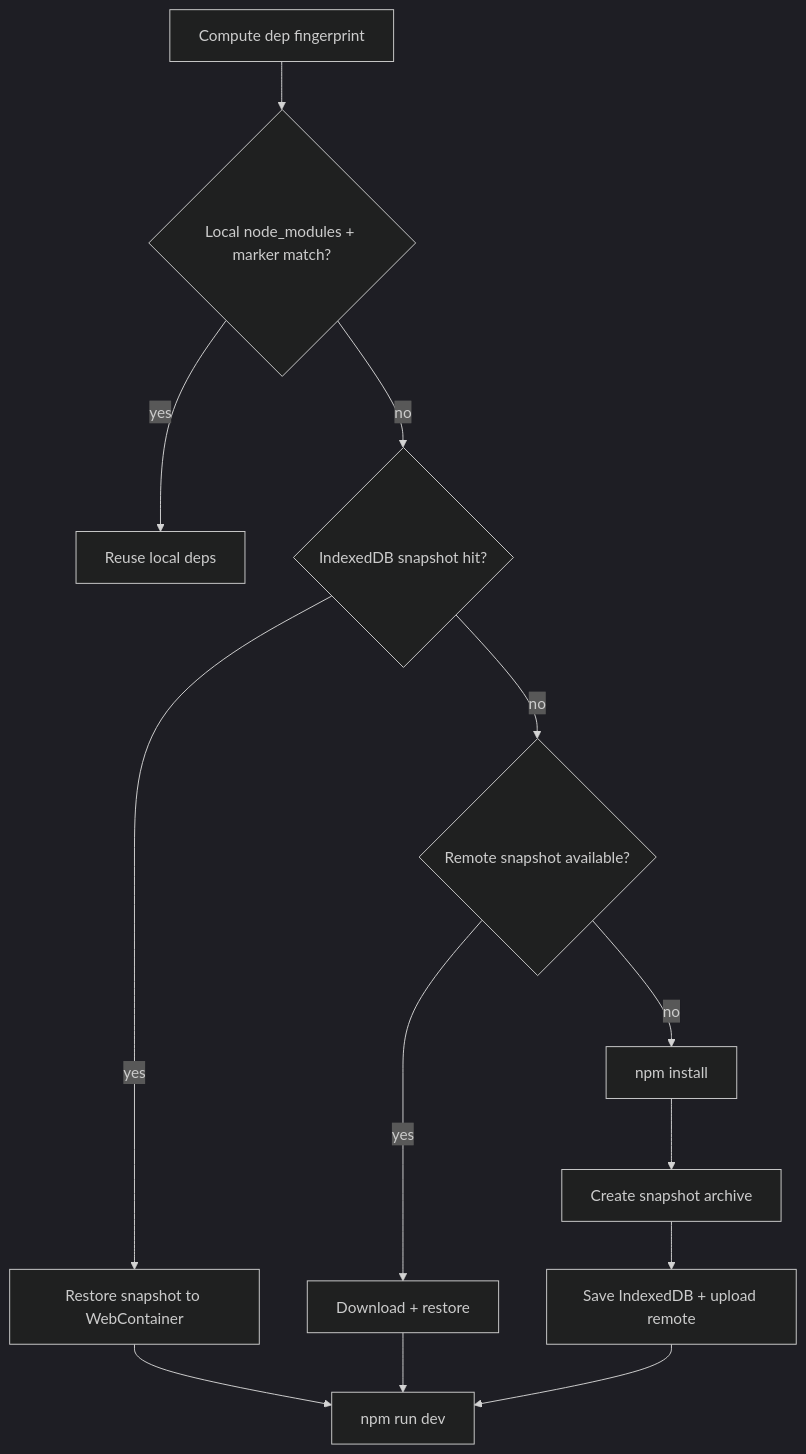
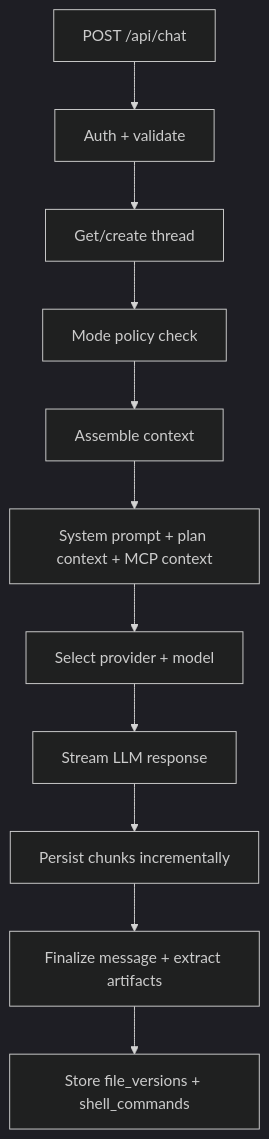
Before and after one commit to SpiritOfKedar/nextgen: diagram 13 of 20 in README.md, drawn with Mermaid (dark theme). The commit also changed other lines of this file and 1 other file, not shown here.

````diff
--- a/README.md
+++ b/README.md
@@ -172,15 +664,13 @@
 ```mermaid
 flowchart TD
-  A[Compute dep fingerprint] --> B{Local node_modules + marker match?}
-  B -- yes --> R[Reuse local deps]
-  B -- no --> C{IndexedDB snapshot hit?}
-  C -- yes --> D[Restore snapshot to WebContainer]
-  C -- no --> E{Remote snapshot available?}
-  E -- yes --> F[Download + restore]
-  E -- no --> G[npm install]
-  D --> H[npm run dev]
-  F --> H
-  G --> I[Create snapshot archive]
-  I --> J[Save IndexedDB + upload remote]
-  J --> H
+    A[POST /api/chat] --> B[Auth + validate]
+    B --> C[Get/create thread]
+    C --> D[Mode policy check]
+    D --> E[Assemble context]
+    E --> F[System prompt + plan context + MCP context]
+    F --> G[Select provider + model]
+    G --> H[Stream LLM response]
+    H --> I[Persist chunks incrementally]
+    I --> J[Finalize message + extract artifacts]
+    J --> K[Store file_versions + shell_commands]
 ```
````
